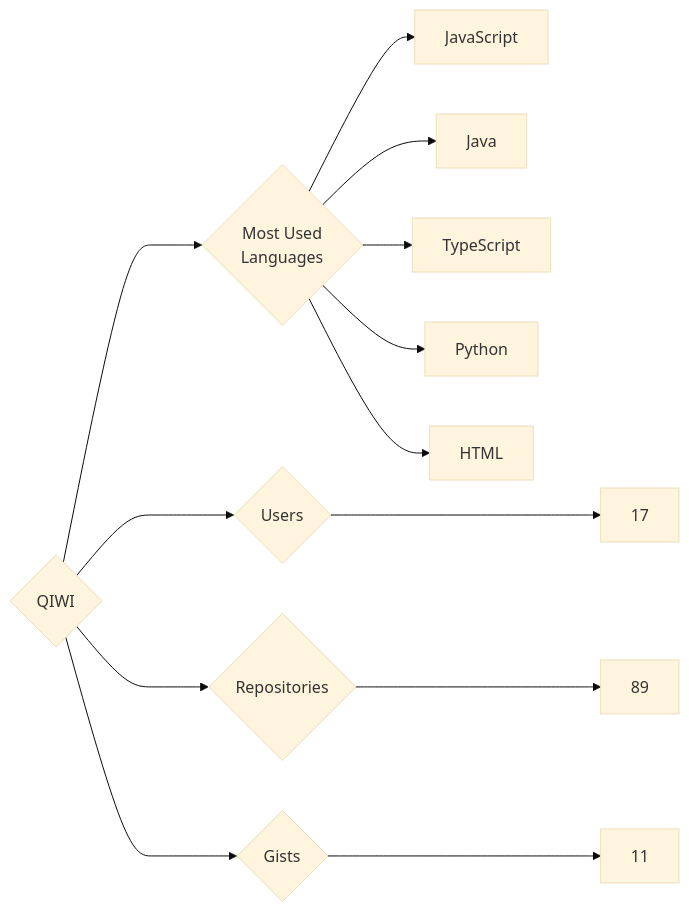
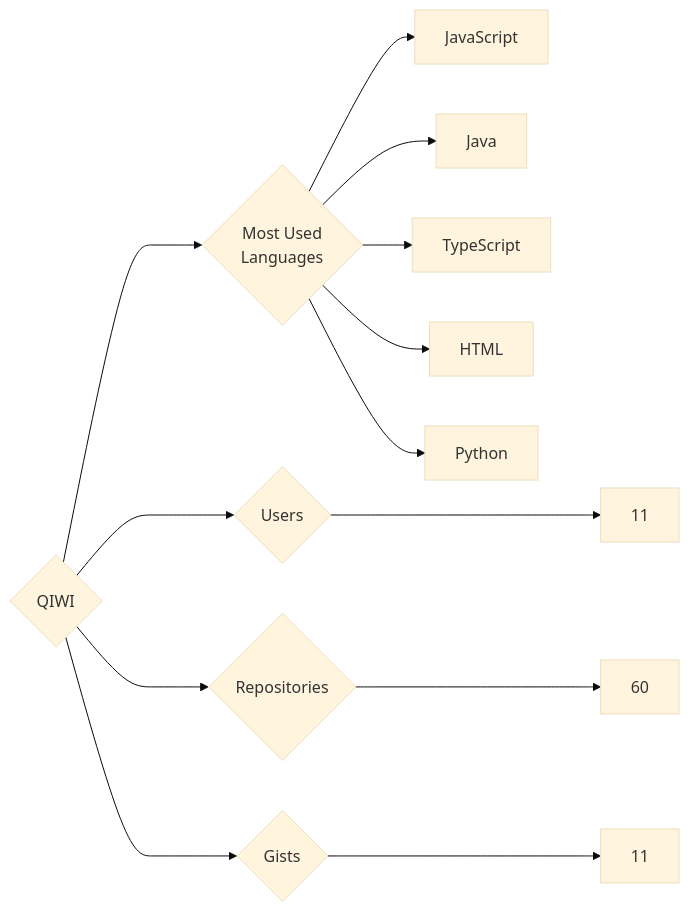
One commit to trickest/insiders changed the diagram in targets/QIWI/README.md. Above: the diagram before and after it, drawn with Mermaid (base theme). The commit also changed 815 other files, not shown here.

````diff
--- a/targets/QIWI/README.md
+++ b/targets/QIWI/README.md
@@ -3,13 +3,13 @@
 ```mermaid
 graph LR
 COMPANY_NAME{QIWI}
-COMPANY_NAME ---> U{Users} ---> UN[17]
-COMPANY_NAME ---> R{Repositories} ---> RN[89]
+COMPANY_NAME ---> U{Users} ---> UN[11]
+COMPANY_NAME ---> R{Repositories} ---> RN[60]
 COMPANY_NAME ---> G{Gists} ---> GN[11]
 COMPANY_NAME ---> ML{Most Used<br>Languages}
 ML --> JavaScript[JavaScript]
 ML --> Java[Java]
 ML --> TypeScript[TypeScript]
+ML --> HTML[HTML]
 ML --> Python[Python]
-ML --> HTML[HTML]
 ```
````
